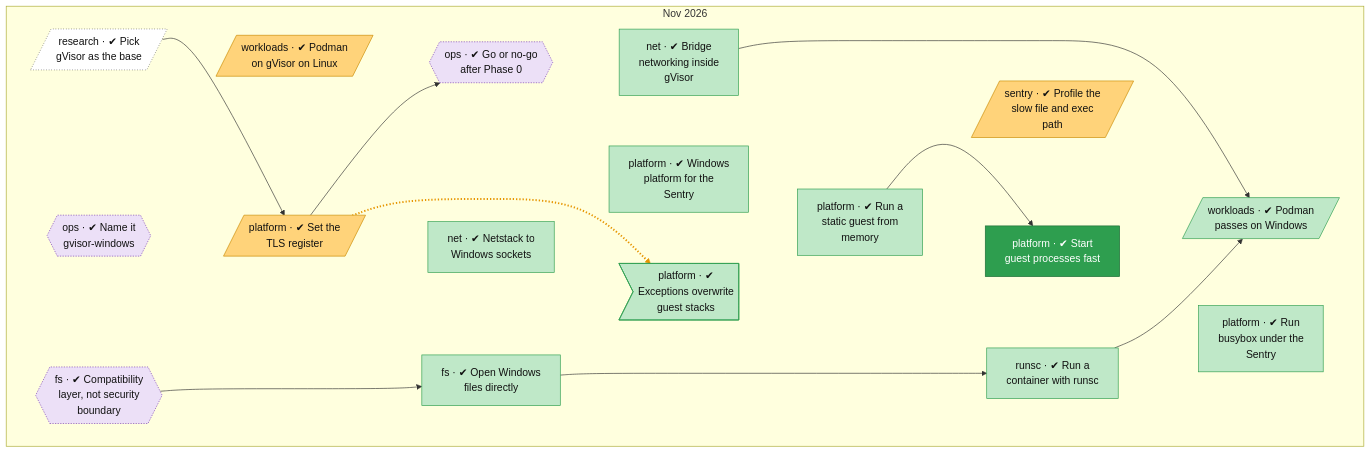
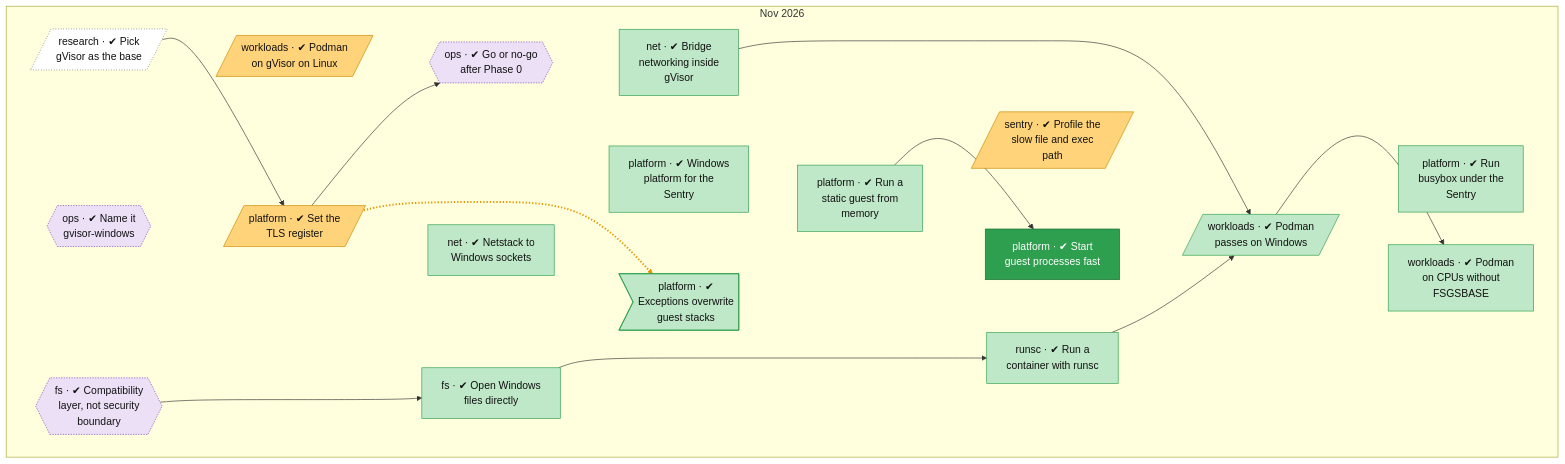
The second of 2 diagrams in docs/roadmap.md (lhns/gvisor-windows), drawn with Mermaid before and after one commit. The commit also changed other lines of this file and 3 other files, not shown here.

````diff
--- a/docs/roadmap.md
+++ b/docs/roadmap.md
@@ -100,68 +100,72 @@
 ```mermaid
 flowchart TB
     subgraph bd_0["Nov 2026"]
         research_gvisor_base[/"research · ✔ Pick<br/>gVisor as the base"/]
         ops_name_and_fork{{"ops · ✔ Name it<br/>gvisor-windows"}}
         fs_compat_layer_not_boundary{{"fs · ✔ Compatibility<br/>layer, not security<br/>boundary"}}
         workloads_podman_on_gvisor_linux[/"workloads · ✔ Podman<br/>on gVisor on Linux"/]
         platform_tls_register[/"platform · ✔ Set the<br/>TLS register"/]
         ops_phase0_go_no_go{{"ops · ✔ Go or no-go<br/>after Phase 0"}}
         fs_windows_directfs["fs · ✔ Open Windows<br/>files directly"]
         net_netstack_windows_link["net · ✔ Netstack to<br/>Windows sockets"]
         net_bridge_networking["net · ✔ Bridge<br/>networking inside<br/>gVisor"]
         platform_veh_on_guest_stack_unsafe>"platform · ✔<br/>Exceptions overwrite<br/>guest stacks"]
         platform_winstub["platform · ✔ Windows<br/>platform for the<br/>Sentry"]
         platform_static_guest_from_memory["platform · ✔ Run a<br/>static guest from<br/>memory"]
         platform_fast_process_start["platform · ✔ Start<br/>guest processes fast"]
         runsc_container_on_windows["runsc · ✔ Run a<br/>container with runsc"]
         sentry_profile_small_file_path[/"sentry · ✔ Profile the<br/>slow file and exec<br/>path"/]
         workloads_podman_on_windows[/"workloads · ✔ Podman<br/>passes on Windows"/]
+        workloads_podman_without_fsgsbase["workloads · ✔ Podman<br/>on CPUs without<br/>FSGSBASE"]
         platform_busybox_on_windows["platform · ✔ Run<br/>busybox under the<br/>Sentry"]
     end
     research_gvisor_base ~~~ workloads_podman_on_gvisor_linux
     ops_name_and_fork ~~~ platform_tls_register
     fs_compat_layer_not_boundary ~~~ platform_tls_register
     workloads_podman_on_gvisor_linux ~~~ ops_phase0_go_no_go
     platform_tls_register ~~~ fs_windows_directfs
     platform_tls_register ~~~ net_netstack_windows_link
     ops_phase0_go_no_go ~~~ net_bridge_networking
     fs_windows_directfs ~~~ platform_veh_on_guest_stack_unsafe
     net_netstack_windows_link ~~~ platform_winstub
     net_bridge_networking ~~~ platform_static_guest_from_memory
     platform_veh_on_guest_stack_unsafe ~~~ platform_static_guest_from_memory
     platform_winstub ~~~ platform_static_guest_from_memory
     platform_static_guest_from_memory ~~~ platform_fast_process_start
     platform_static_guest_from_memory ~~~ runsc_container_on_windows
     platform_static_guest_from_memory ~~~ sentry_profile_small_file_path
     platform_fast_process_start ~~~ workloads_podman_on_windows
-    runsc_container_on_windows ~~~ platform_busybox_on_windows
-    sentry_profile_small_file_path ~~~ platform_busybox_on_windows
+    runsc_container_on_windows ~~~ workloads_podman_on_windows
+    sentry_profile_small_file_path ~~~ workloads_podman_on_windows
+    workloads_podman_on_windows ~~~ workloads_podman_without_fsgsbase
+    workloads_podman_on_windows ~~~ platform_busybox_on_windows
     research_gvisor_base --> platform_tls_register
     platform_tls_register -.-> platform_veh_on_guest_stack_unsafe
     platform_tls_register --> ops_phase0_go_no_go
     fs_compat_layer_not_boundary --> fs_windows_directfs
     platform_static_guest_from_memory --> platform_fast_process_start
     fs_windows_directfs --> runsc_container_on_windows
     runsc_container_on_windows --> workloads_podman_on_windows
     net_bridge_networking --> workloads_podman_on_windows
-    linkStyle 19 stroke:#e69500,stroke-width:3px,stroke-dasharray:2 3
+    workloads_podman_on_windows --> workloads_podman_without_fsgsbase
+    linkStyle 21 stroke:#e69500,stroke-width:3px,stroke-dasharray:2 3
     classDef vsucc fill:#2e9e4f,stroke:#1b6b34,color:#fff
     classDef succ fill:#bfe8c8,stroke:#2e9e4f,color:#111
     classDef mixed fill:#ffd37a,stroke:#c98a00,color:#111
     classDef bad fill:#f28b82,stroke:#b3261e,color:#111
     classDef dead fill:#e6e6e6,stroke:#777,stroke-dasharray:5 5,color:#555
     classDef inprog fill:#a8cdf5,stroke:#1f6fc5,color:#111
     classDef next fill:#fff,stroke:#333,color:#111
     classDef blocked fill:#fff,stroke:#b3261e,stroke-dasharray:2 2,color:#111
     classDef parked fill:#f3f3f3,stroke:#999,color:#555
     classDef unrated fill:#fff,stroke:#333,stroke-dasharray:1 3,color:#111
     classDef gate fill:#d9c2f0,stroke:#7b3fb5,color:#111
     classDef decided fill:#ece0f7,stroke:#7b3fb5,stroke-dasharray:2 2,color:#111
     classDef finding fill:#ffe0b2,stroke:#d84315,stroke-width:2px,color:#111
     classDef waiting fill:#e3f2fd,stroke:#1f6fc5,stroke-dasharray:5 5,color:#111
     class research_gvisor_base unrated
     class ops_name_and_fork,fs_compat_layer_not_boundary,ops_phase0_go_no_go decided
     class workloads_podman_on_gvisor_linux,platform_tls_register,sentry_profile_small_file_path mixed
-    class workloads_podman_on_windows,runsc_container_on_windows,platform_winstub,platform_busybox_on_windows,fs_windows_directfs,net_netstack_windows_link,platform_static_guest_from_memory,net_bridge_networking,platform_veh_on_guest_stack_unsafe succ
+    class workloads_podman_on_windows,runsc_container_on_windows,platform_winstub,platform_busybox_on_windows,fs_windows_directfs,net_netstack_windows_link,platform_static_guest_from_memory,net_bridge_networking,platform_veh_on_guest_stack_unsafe,workloads_podman_without_fsgsbase succ
     class platform_fast_process_start vsucc
 ```
````
